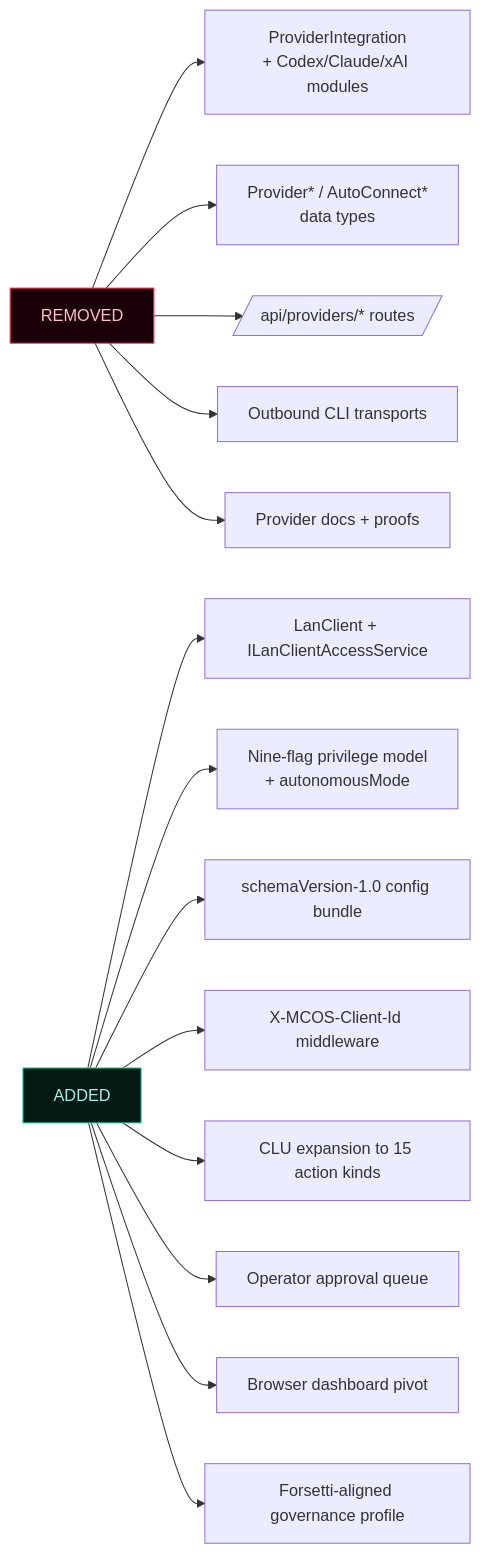
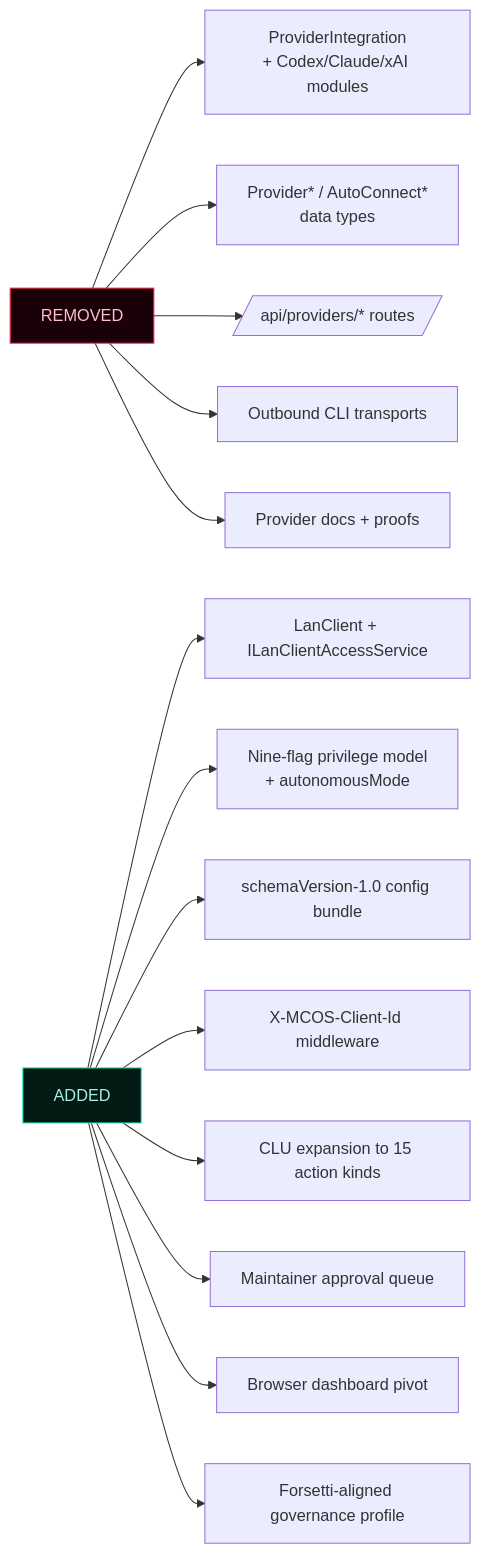
Before and after one commit to flynn33/Master-Control-Orchestration-Server: the second of 7 diagrams in docs/wiki/Versions.md, drawn with Mermaid. The commit also changed other lines of this file and 20 other files, not shown here.

````diff
--- a/docs/wiki/Versions.md
+++ b/docs/wiki/Versions.md
@@ -91,20 +91,20 @@
 ```mermaid
 flowchart LR
     classDef good fill:#031a14,stroke:#1cf2c1,color:#a8efe0;
     classDef bad fill:#1a0008,stroke:#FF2D55,color:#FFC0CB;
 
     Removed[REMOVED]:::bad --> R1[ProviderIntegration<br/>+ Codex/Claude/xAI modules]
     Removed --> R2[Provider* / AutoConnect*<br/>data types]
     Removed --> R3[/api/providers/* routes/]
     Removed --> R4[Outbound CLI transports]
     Removed --> R5[Provider docs + proofs]
 
     Added[ADDED]:::good --> A1[LanClient + ILanClientAccessService]
     Added --> A2[Nine-flag privilege model<br/>+ autonomousMode]
     Added --> A3[schemaVersion-1.0 config bundle]
     Added --> A4[X-MCOS-Client-Id middleware]
     Added --> A5[CLU expansion to 15 action kinds]
-    Added --> A6[Operator approval queue]
+    Added --> A6[Maintainer approval queue]
     Added --> A7[Browser dashboard pivot]
     Added --> A8[Forsetti-aligned governance profile]
 ```
````
